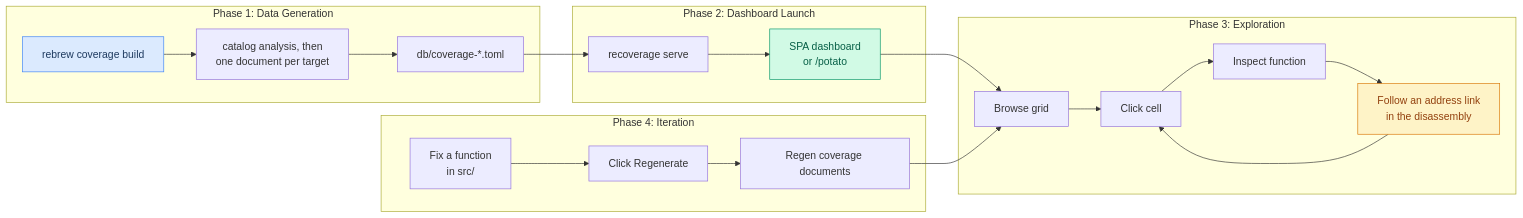
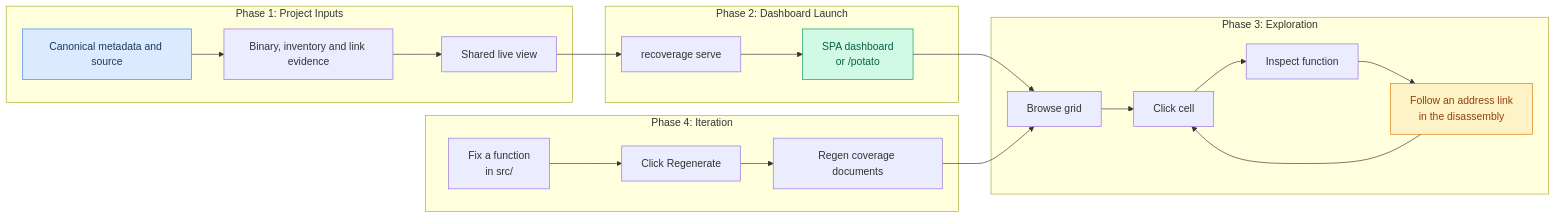
Diagram 18 of 18 in docs/USER_STORIES.md (maci0/recoverage), drawn with Mermaid before and after one commit. The commit also changed other lines of this file and 51 other files, not shown here.

Commit message:
Read canonical project coverage and serve configured target files

````diff
--- a/docs/USER_STORIES.md
+++ b/docs/USER_STORIES.md
@@ -580,30 +570,30 @@
 ```mermaid
 graph LR
-    subgraph "Phase 1: Data Generation"
-        A["rebrew coverage build"] --> B["catalog analysis, then<br/>one document per target"]
-        B --> C["db/coverage-*.toml"]
+    subgraph "Phase 1: Project Inputs"
+        A["Canonical metadata and source"] --> B["Binary, inventory and link evidence"]
+        B --> C["Shared live view"]
     end
 
     subgraph "Phase 2: Dashboard Launch"
         C --> E["recoverage serve"]
         E --> F["SPA dashboard<br/>or /potato"]
     end
 
     subgraph "Phase 3: Exploration"
         F --> G["Browse grid"]
         G --> H["Click cell"]
         H --> I["Inspect function"]
         I --> J["Follow an address link<br/>in the disassembly"]
         J --> H
     end
 
     subgraph "Phase 4: Iteration"
         K["Fix a function<br/>in src/"] --> L["Click Regenerate"]
         L --> M["Regen coverage documents"]
         M --> G
     end
 
     style A fill:#dbeafe,stroke:#3b82f6,color:#1e3a5f
     style F fill:#d1fae5,stroke:#059669,color:#065f46
     style J fill:#fef3c7,stroke:#d97706,color:#92400e
 ```
````
